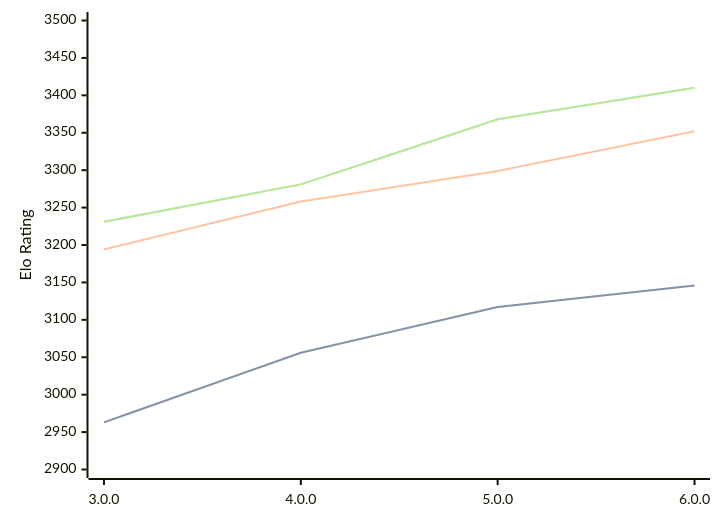
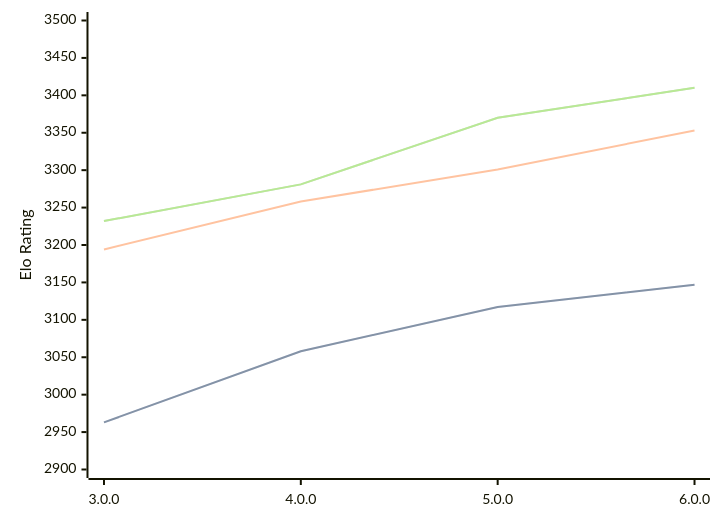
The third of 3 diagrams in engines/Minke.md (computer-chess-index/cci), drawn with Mermaid before and after one commit. The commit also changed other lines of this file, not shown here.

Commit message:
Update CCI Ratings (ELO VLTC) - 2026-06-21

````diff
--- a/engines/Minke.md
+++ b/engines/Minke.md
@@ -69,11 +69,11 @@
 ```mermaid
 %%{init: {"theme":"base","themeVariables":{"seriesColors:['#a3a3a3','#222221','#faa371']}}}%%
 xychart-beta
   x-axis ["3.0.0", "4.0.0", "5.0.0", "6.0.0"]
   y-axis "Elo Rating" 2900 --> 3500
-  line "STC (8.0+0.08s)" [2963, 3056, 3117, 3146]
-  line "STC (8.0+0.08s)" [2963, 3056, 3117, 3146]
-  line "LTC (60.0+0.60s)" [3194, 3258, 3299, 3352]
-  line "VLTC (2m24s+1.12s)" [3231, 3281, 3368, 3410]
-  line "VLTC (2m24s+1.12s)" [3231, 3281, 3368, 3410]
+  line "STC (8.0+0.08s)" [2963, 3058, 3117, 3147]
+  line "STC (8.0+0.08s)" [2963, 3058, 3117, 3147]
+  line "LTC (60.0+0.60s)" [3194, 3258, 3301, 3353]
+  line "VLTC (2m24s+1.12s)" [3232, 3281, 3370, 3410]
+  line "VLTC (2m24s+1.12s)" [3232, 3281, 3370, 3410]
 ```
````
